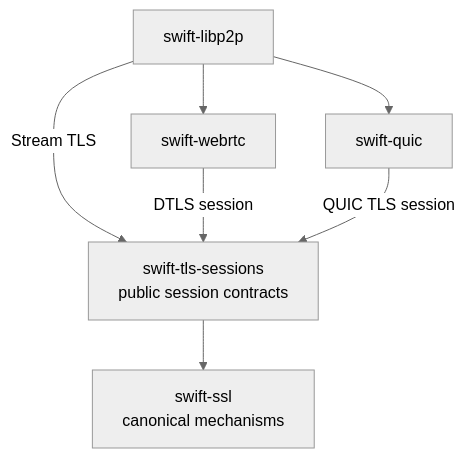
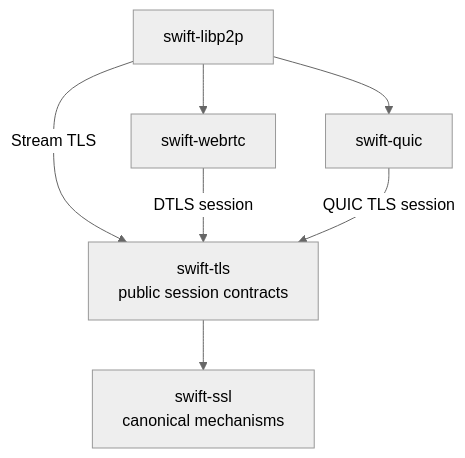
One commit to 1amageek/swift-ssl changed the second of 4 diagrams in docs/ARCHITECTURE.md. Above: the diagram before and after it, drawn with Mermaid (neutral theme). The commit also changed other lines of this file and 4 other files, not shown here.

Commit message:
Document canonical swift-tls session layer

````diff
--- a/docs/ARCHITECTURE.md
+++ b/docs/ARCHITECTURE.md
@@ -62,9 +62,9 @@
 ```mermaid
 flowchart TD
-    LibP2P["swift-libp2p"] -->|Stream TLS| SwiftTLS["swift-tls-sessions\npublic session contracts"]
+    LibP2P["swift-libp2p"] -->|Stream TLS| SwiftTLS["swift-tls\npublic session contracts"]
     LibP2P --> WebRTC["swift-webrtc"]
     LibP2P --> QUICPackage["swift-quic"]
     WebRTC -->|DTLS session| SwiftTLS
     QUICPackage -->|QUIC TLS session| SwiftTLS
     SwiftTLS --> SwiftSSL["swift-ssl\ncanonical mechanisms"]
 ```
````
